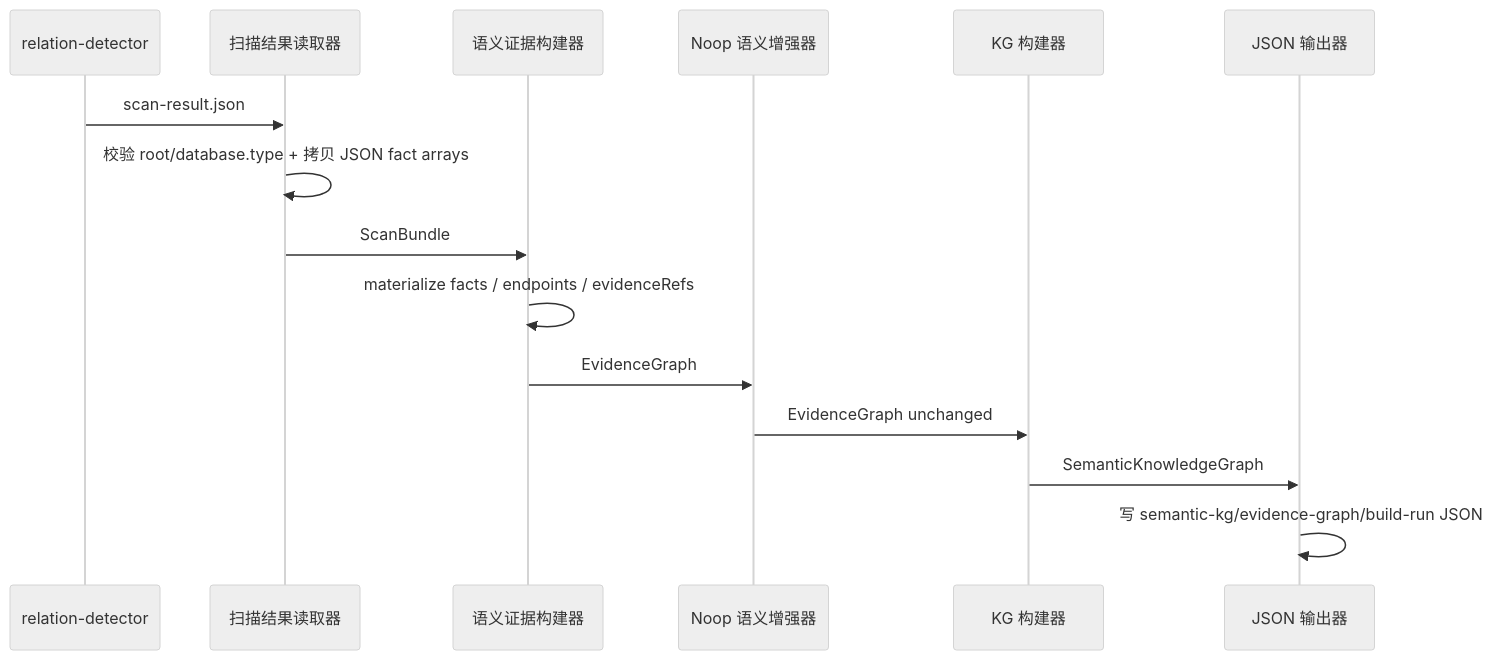
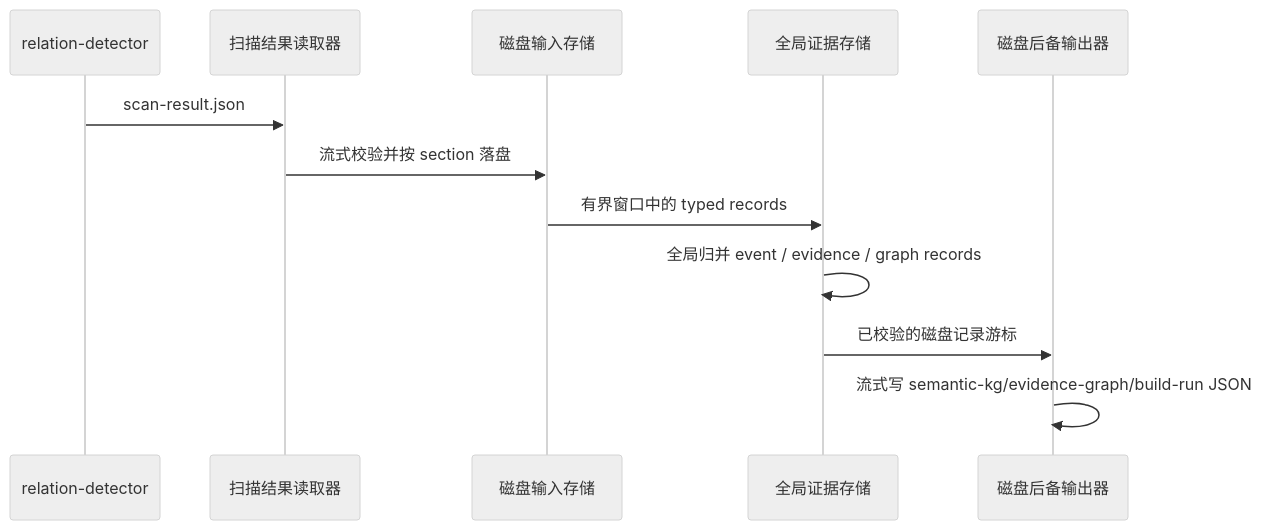
The first of 6 diagrams in docs/design/semantic-layer/end-to-end-examples.md (xiaoguang/relation-detector), drawn with Mermaid (neutral theme) before and after one commit. The commit also changed other lines of this file and 141 other files, not shown here.

````diff
--- a/docs/design/semantic-layer/end-to-end-examples.md
+++ b/docs/design/semantic-layer/end-to-end-examples.md
@@ -211,18 +206,15 @@
 ```mermaid
 sequenceDiagram
     participant RD as relation-detector
     participant SR as 扫描结果读取器
-    participant EB as 语义证据构建器
-    participant NOOP as Noop 语义增强器
-    participant KG as KG 构建器
-    participant JW as JSON 输出器
+    participant IS as 磁盘输入存储
+    participant ES as 全局证据存储
+    participant JW as 磁盘后备输出器
 
     RD->>SR: scan-result.json
-    SR->>SR: 校验 root/database.type + 拷贝 JSON fact arrays
-    SR->>EB: ScanBundle
-    EB->>EB: materialize facts / endpoints / evidenceRefs
-    EB->>NOOP: EvidenceGraph
-    NOOP->>KG: EvidenceGraph unchanged
-    KG->>JW: SemanticKnowledgeGraph
-    JW->>JW: 写 semantic-kg/evidence-graph/build-run JSON
+    SR->>IS: 流式校验并按 section 落盘
+    IS->>ES: 有界窗口中的 typed records
+    ES->>ES: 全局归并 event / evidence / graph records
+    ES->>JW: 已校验的磁盘记录游标
+    JW->>JW: 流式写 semantic-kg/evidence-graph/build-run JSON
 ```
````
